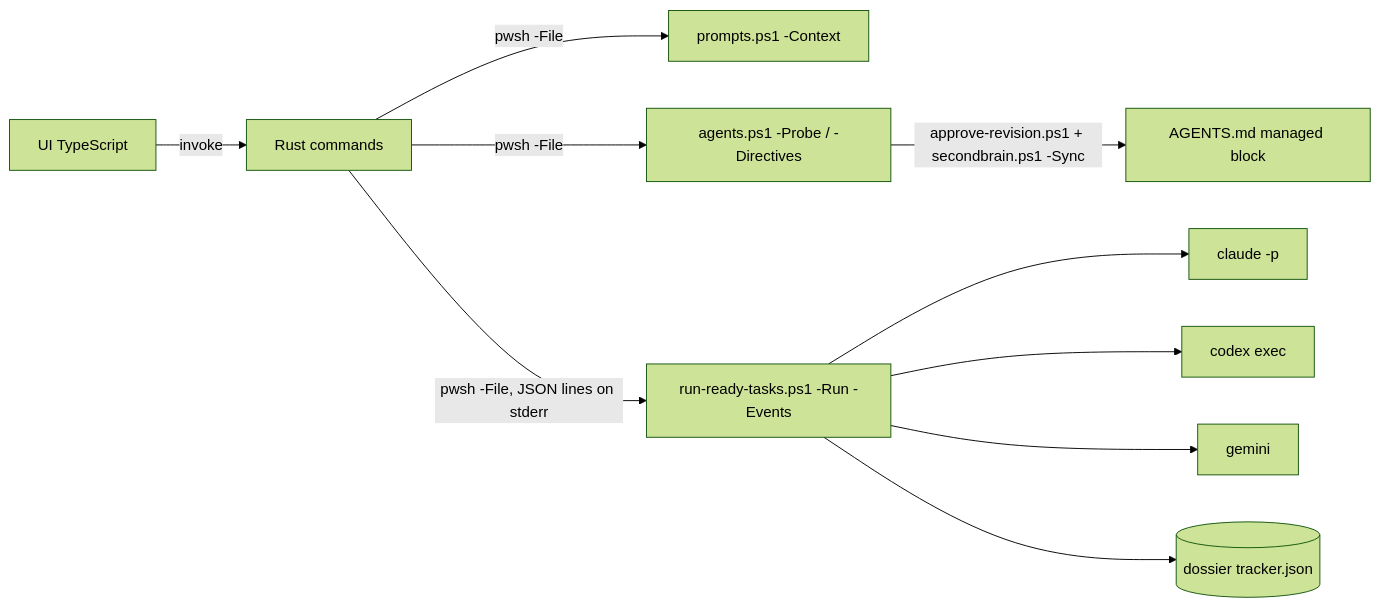
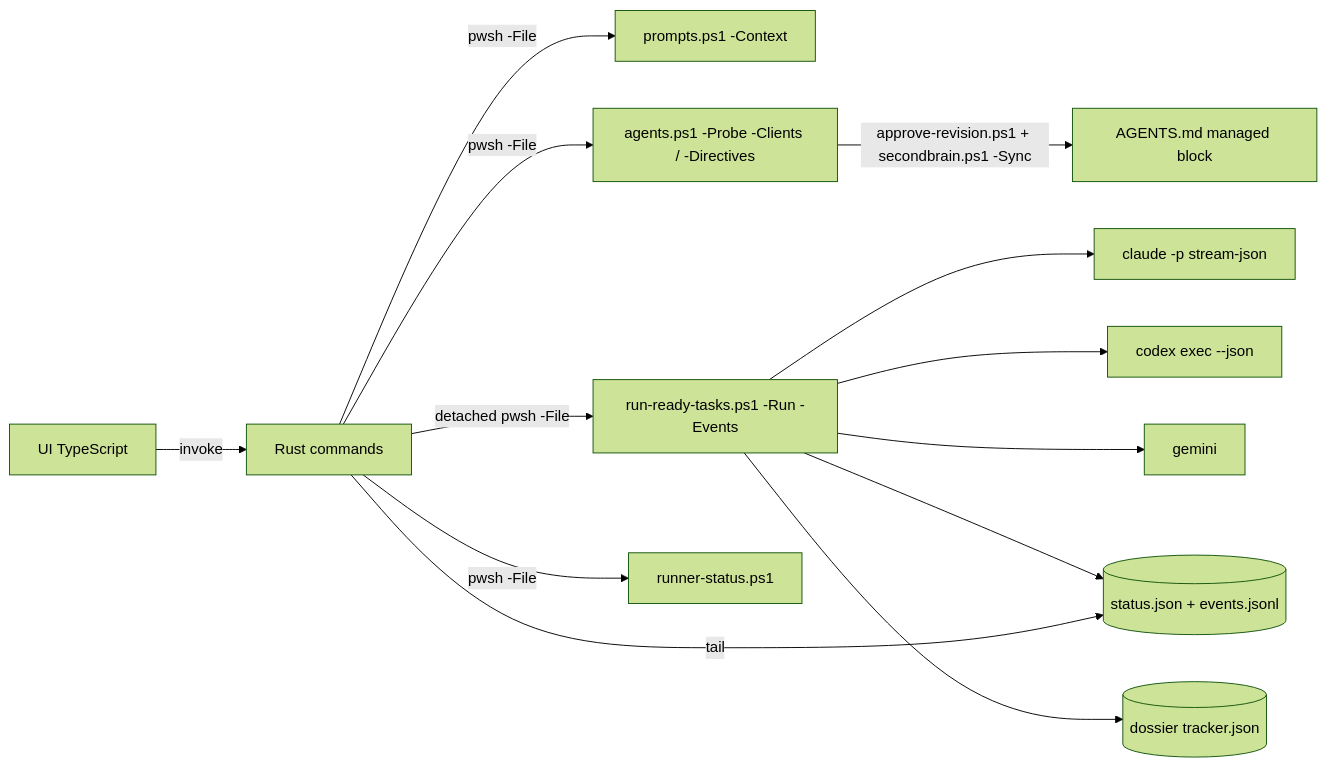
Before and after one commit to dennidalpos/secondbrain: the diagram in docs/orchestratore.md, drawn with Mermaid (forest theme). The commit also changed other lines of this file and 56 other files, not shown here.

````diff
--- a/docs/orchestratore.md
+++ b/docs/orchestratore.md
@@ -7,12 +7,15 @@
 ```mermaid
 flowchart LR
   UI[UI TypeScript] -->|invoke| RS[Rust commands]
   RS -->|pwsh -File| P[prompts.ps1 -Context]
-  RS -->|pwsh -File| A[agents.ps1 -Probe / -Directives]
-  RS -->|pwsh -File, JSON lines on stderr| R[run-ready-tasks.ps1 -Run -Events]
-  R --> C[claude -p]
-  R --> X[codex exec]
+  RS -->|pwsh -File| A[agents.ps1 -Probe -Clients / -Directives]
+  RS -->|detached pwsh -File| R[run-ready-tasks.ps1 -Run -Events]
+  RS -->|pwsh -File| S[runner-status.ps1]
+  R --> C[claude -p stream-json]
+  R --> X[codex exec --json]
   R --> G[gemini]
+  R --> F[(status.json + events.jsonl)]
+  RS -->|tail| F
   R --> T[(dossier tracker.json)]
   A -->|approve-revision.ps1 + secondbrain.ps1 -Sync| D[AGENTS.md managed block]
 ```
````
